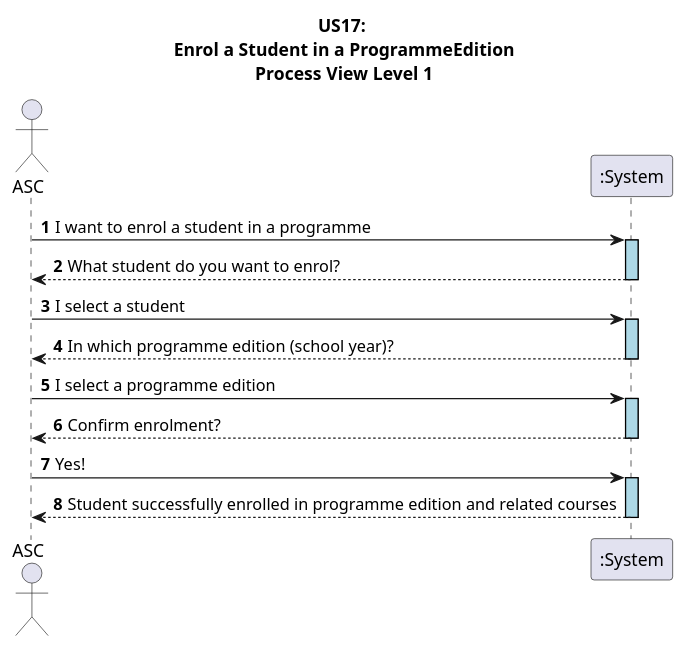
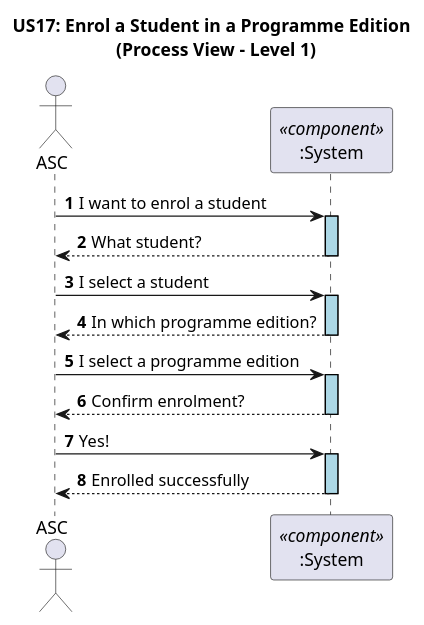
The diagram in docs/US17/Sprint_6_RestAPI/ProcessView/US17_RestAPI_ProcessView_Level1.puml (GasparISEP/DevOps-PAI), drawn with PlantUML before and after one commit. The commit also changed other lines of this file and 3 other files, not shown here.

Commit message:
Ref #500, Subissue #587: ProcessView level1

```diff
--- a/docs/US17/Sprint_6_RestAPI/ProcessView/US17_RestAPI_ProcessView_Level1.puml
+++ b/docs/US17/Sprint_6_RestAPI/ProcessView/US17_RestAPI_ProcessView_Level1.puml
@@ -3,26 +1,27 @@
 @startuml
+
+' US17 - Enrol a Student in a Programme Edition
+' Process View - Level 1 (C4 Level 1 Style)
+
 autonumber
 
 skinparam sequence {
    LifelineBorderColor black
    LifelineBackgroundColor LightBlue
- }
+}
 
-title US17:\n Enrol a Student in a ProgrammeEdition\n Process View Level 1
+title US17: Enrol a Student in a Programme Edition \n (Process View - Level 1)
 
 actor ASC
-participant ":System" as System
+participant ":System" as System <<component>>
 
-ASC -> System ++: I want to enrol a student in a programme
-System --> ASC --: What student do you want to enrol?
-
+ASC -> System ++: I want to enrol a student
+System --> ASC --: What student?
 ASC -> System ++: I select a student
-System --> ASC --: In which programme edition (school year)?
-
+System --> ASC --: In which programme edition?
 ASC -> System ++: I select a programme edition
 System --> ASC --: Confirm enrolment?
-
 ASC -> System ++: Yes!
-System --> ASC --: Student successfully enrolled in programme edition and related courses
+System --> ASC --: Enrolled successfully
 
 @enduml
```
